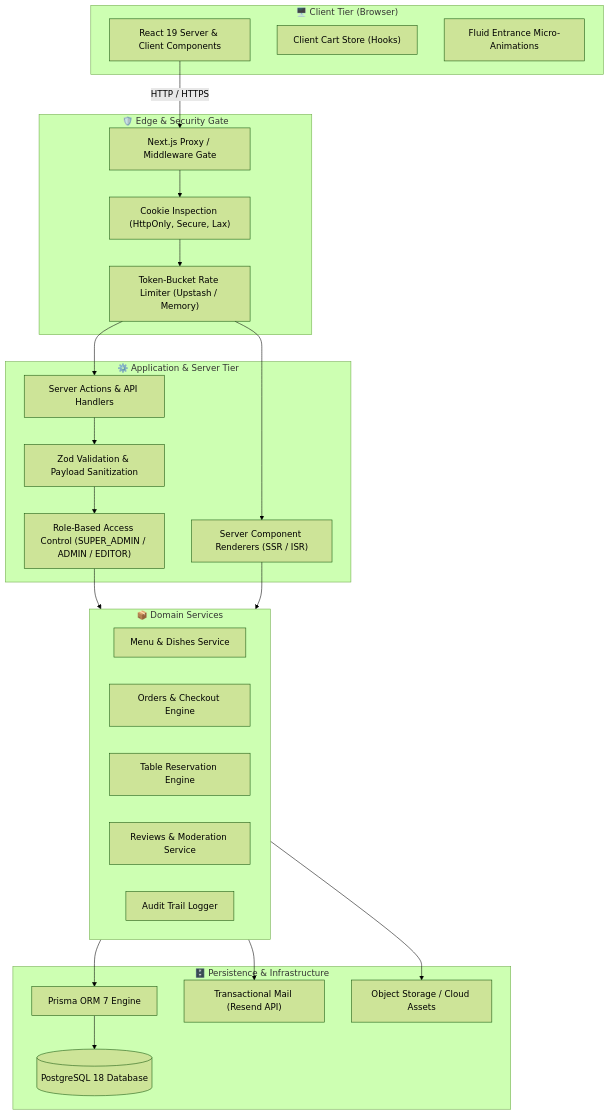
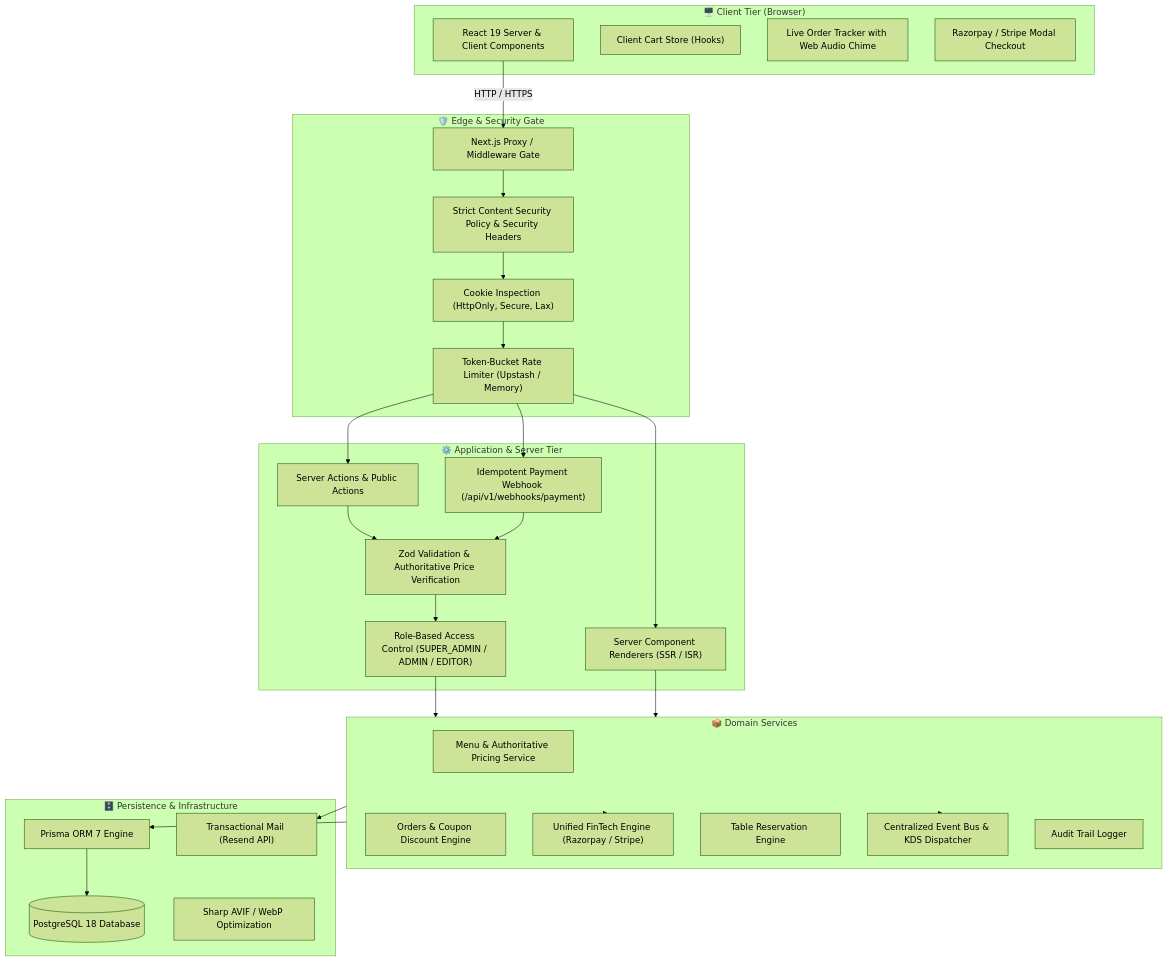
The first of 3 diagrams in README.md (Himanshusingh204/cafeplatform), drawn with Mermaid (forest theme) before and after one commit. The commit also changed other lines of this file and 1 other file, not shown here.

Commit message:
docs: update README with FinTech architecture, live order tracking, and synchronize .env.example

````diff
--- a/README.md
+++ b/README.md
@@ -84,52 +84,60 @@
 ```mermaid
 flowchart TD
     subgraph Client["🖥️ Client Tier (Browser)"]
         UI["React 19 Server & Client Components"]
         CartState["Client Cart Store (Hooks)"]
-        Motion["Fluid Entrance Micro-Animations"]
+        LiveOrder["Live Order Tracker with Web Audio Chime"]
+        FintechModal["Razorpay / Stripe Modal Checkout"]
     end
 
     subgraph Edge["🛡️ Edge & Security Gate"]
         Proxy["Next.js Proxy / Middleware Gate"]
         RateLimiter["Token-Bucket Rate Limiter (Upstash / Memory)"]
         SessionCheck["Cookie Inspection (HttpOnly, Secure, Lax)"]
+        CSP["Strict Content Security Policy & Security Headers"]
     end
 
     subgraph AppTier["⚙️ Application & Server Tier"]
         RSC["Server Component Renderers (SSR / ISR)"]
-        ServerActions["Server Actions & API Handlers"]
-        Zod["Zod Validation & Payload Sanitization"]
+        ServerActions["Server Actions & Public Actions"]
+        PaymentWebhook["Idempotent Payment Webhook (/api/v1/webhooks/payment)"]
+        Zod["Zod Validation & Authoritative Price Verification"]
         RBAC["Role-Based Access Control (SUPER_ADMIN / ADMIN / EDITOR)"]
     end
 
     subgraph ServiceLayer["📦 Domain Services"]
-        MenuService["Menu & Dishes Service"]
-        OrderService["Orders & Checkout Engine"]
+        MenuService["Menu & Authoritative Pricing Service"]
+        OrderService["Orders & Coupon Discount Engine"]
+        PaymentEngine["Unified FinTech Engine (Razorpay / Stripe)"]
         ReserveService["Table Reservation Engine"]
-        ReviewService["Reviews & Moderation Service"]
+        RealtimeBus["Centralized Event Bus & KDS Dispatcher"]
         AuditService["Audit Trail Logger"]
     end
 
     subgraph DataTier["🗄️ Persistence & Infrastructure"]
         Prisma["Prisma ORM 7 Engine"]
         Postgres[(PostgreSQL 18 Database)]
+        Sharp["Sharp AVIF / WebP Optimization"]
         Resend["Transactional Mail (Resend API)"]
-        Storage["Object Storage / Cloud Assets"]
     end
 
     UI -->|HTTP / HTTPS| Proxy
-    Proxy --> SessionCheck
+    Proxy --> CSP
+    CSP --> SessionCheck
     SessionCheck --> RateLimiter
     RateLimiter --> RSC
     RateLimiter --> ServerActions
+    RateLimiter --> PaymentWebhook
 
     ServerActions --> Zod
+    PaymentWebhook --> Zod
     Zod --> RBAC
     RBAC --> ServiceLayer
     RSC --> ServiceLayer
 
+    ServiceLayer --> PaymentEngine
+    ServiceLayer --> RealtimeBus
     ServiceLayer --> Prisma
     ServiceLayer --> Resend
-    ServiceLayer --> Storage
     Prisma --> Postgres
 ```
````
